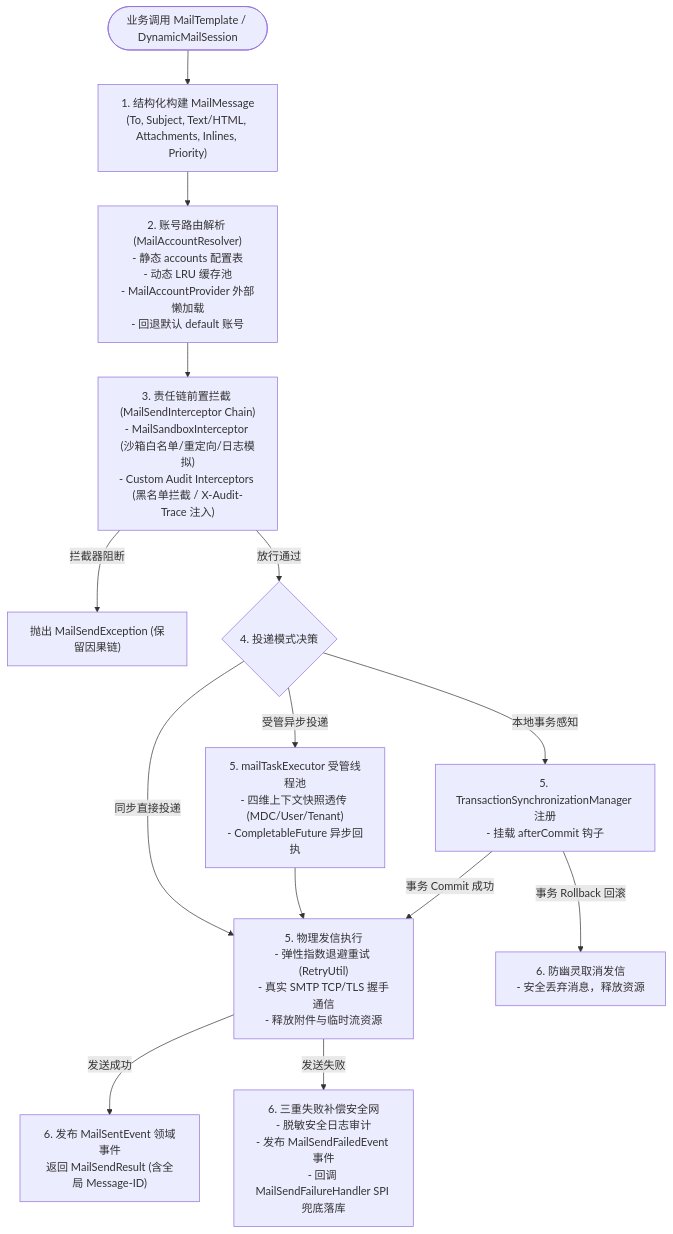
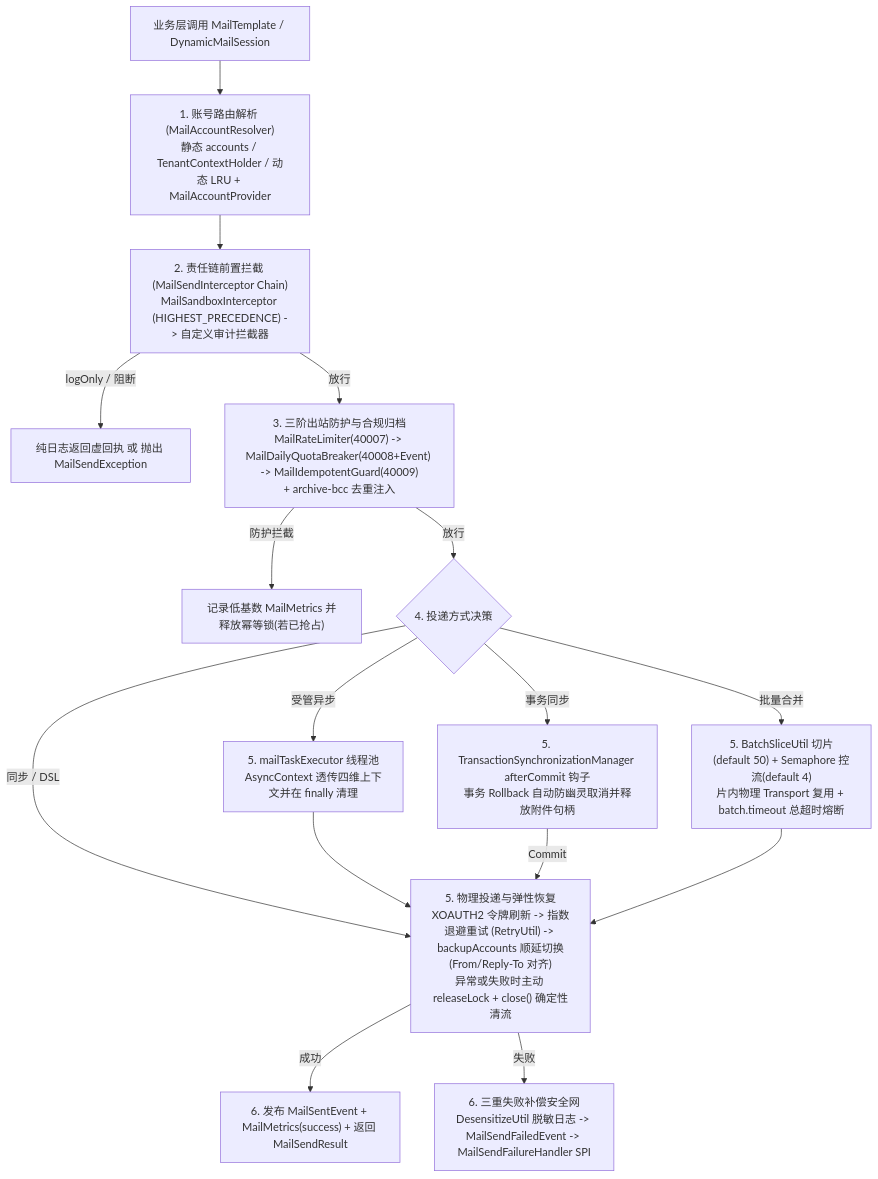
The diagram in ateng-boot-mail/README.md (atengk/ateng-boot), drawn with Mermaid before and after one commit. The commit also changed other lines of this file and 6 other files, not shown here.

````diff
--- a/ateng-boot-mail/README.md
+++ b/ateng-boot-mail/README.md
@@ -102,18 +149,15 @@
 ```mermaid
 flowchart TD
-    Start(["业务调用 MailTemplate / DynamicMailSession"]) --> BuildMsg["1. 结构化构建 MailMessage<br>(To, Subject, Text/HTML, Attachments, Inlines, Priority)"]
-    BuildMsg --> ResolveAccount["2. 账号路由解析 (MailAccountResolver)<br>- 静态 accounts 配置表<br>- 动态 LRU 缓存池<br>- MailAccountProvider 外部懒加载<br>- 回退默认 default 账号"]
-    ResolveAccount --> PreSendChain["3. 责任链前置拦截 (MailSendInterceptor Chain)<br>- MailSandboxInterceptor (沙箱白名单/重定向/日志模拟)<br>- Custom Audit Interceptors (黑名单拦截 / X-Audit-Trace 注入)"]
-    PreSendChain -- 拦截器阻断 --> ThrowBlock["抛出 MailSendException (保留因果链)"]
-    PreSendChain -- 放行通过 --> DispatchDispatch{"4. 投递模式决策"}
-    
-    DispatchDispatch -- 同步直接投递 --> SendPhysical["5. 物理发信执行<br>- 弹性指数退避重试 (RetryUtil)<br>- 真实 SMTP TCP/TLS 握手通信<br>- 释放附件与临时流资源"]
-    DispatchDispatch -- 受管异步投递 --> AsyncExecutor["5. mailTaskExecutor 受管线程池<br>- 四维上下文快照透传 (MDC/User/Tenant)<br>- CompletableFuture 异步回执"]
-    AsyncExecutor --> SendPhysical
-    DispatchDispatch -- 本地事务感知 --> TxRegister["5. TransactionSynchronizationManager 注册<br>- 挂载 afterCommit 钩子"]
-    TxRegister -- 事务 Commit 成功 --> SendPhysical
-    TxRegister -- 事务 Rollback 回滚 --> TxCancel["6. 防幽灵取消发信<br>- 安全丢弃消息，释放资源"]
-
-    SendPhysical -- 发送成功 --> SentEvent["6. 发布 MailSentEvent 领域事件<br>返回 MailSendResult (含全局 Message-ID)"]
-    SendPhysical -- 发送失败 --> FailureNet["6. 三重失败补偿安全网<br>- 脱敏安全日志审计<br>- 发布 MailSendFailedEvent 事件<br>- 回调 MailSendFailureHandler SPI 兜底落库"]
+    Caller["业务层调用 MailTemplate / DynamicMailSession"] --> Route["1. 账号路由解析 (MailAccountResolver)<br/>静态 accounts / TenantContextHolder / 动态 LRU + MailAccountProvider"]
+    Route --> PreChain["2. 责任链前置拦截 (MailSendInterceptor Chain)<br/>MailSandboxInterceptor (HIGHEST_PRECEDENCE) -> 自定义审计拦截器"]
+    PreChain -- logOnly / 阻断 --> PreStop["纯日志返回虚回执 或 抛出 MailSendException"]
+    PreChain -- 放行 --> Guards["3. 三阶出站防护与合规归档<br/>MailRateLimiter(40007) -> MailDailyQuotaBreaker(40008+Event) -> MailIdempotentGuard(40009)<br/>+ archive-bcc 去重注入"]
+    Guards -- 防护拦截 --> FailMetrics["记录低基数 MailMetrics 并释放幂等锁(若已抢占)"]
+    Guards -- 放行 --> Dispatch{"4. 投递方式决策"}
+    Dispatch -- 同步 / DSL --> SendExec["5. 物理投递与弹性恢复<br/>XOAUTH2 令牌刷新 -> 指数退避重试 (RetryUtil) -> backupAccounts 顺延切换(From/Reply-To 对齐)<br/>异常或失败时主动 releaseLock + close() 确定性清流"]
+    Dispatch -- 受管异步 --> AsyncExec["5. mailTaskExecutor 线程池<br/>AsyncContext 透传四维上下文并在 finally 清理"] --> SendExec
+    Dispatch -- 事务同步 --> TxHook["5. TransactionSynchronizationManager afterCommit 钩子<br/>事务 Rollback 自动防幽灵取消并释放附件句柄"] -- Commit --> SendExec
+    Dispatch -- 批量合并 --> BatchEngine["5. BatchSliceUtil 切片(default 50) + Semaphore 控流(default 4)<br/>片内物理 Transport 复用 + batch.timeout 总超时熔断"] --> SendExec
+    SendExec -- 成功 --> OkNet["6. 发布 MailSentEvent + MailMetrics(success) + 返回 MailSendResult"]
+    SendExec -- 失败 --> SafetyNet["6. 三重失败补偿安全网<br/>DesensitizeUtil 脱敏日志 -> MailSendFailedEvent -> MailSendFailureHandler SPI"]
 ```
````
